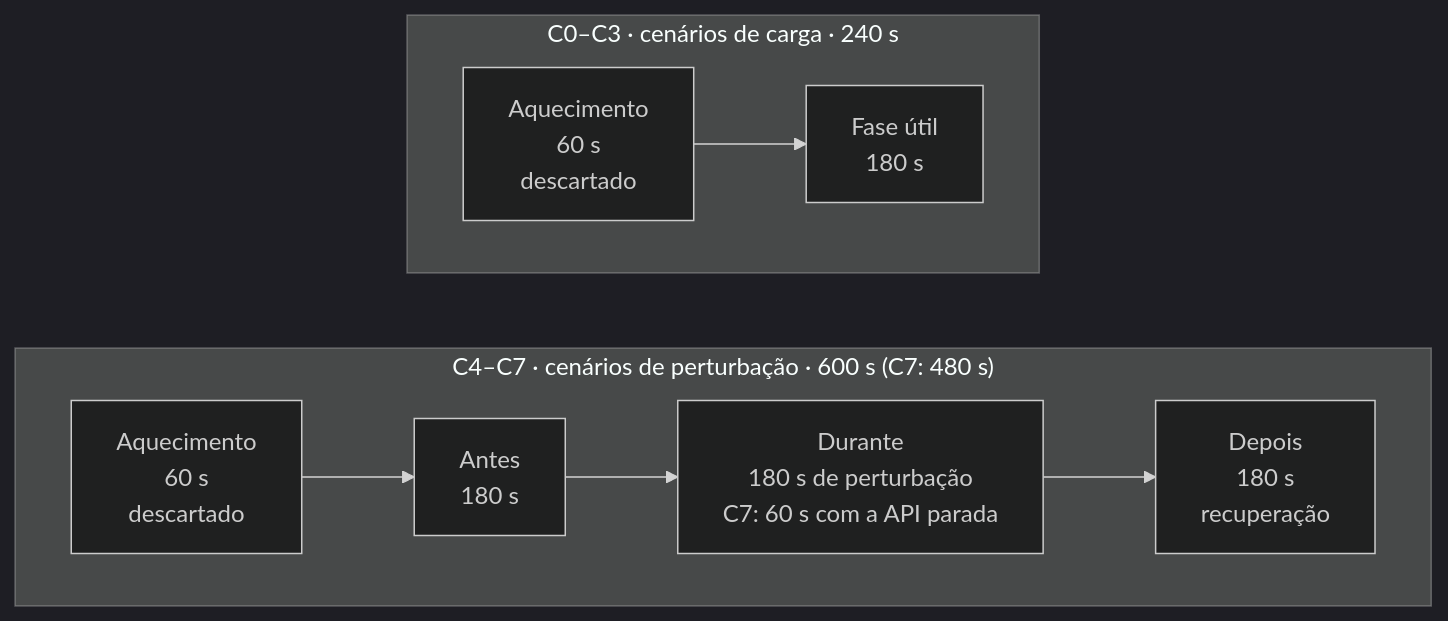
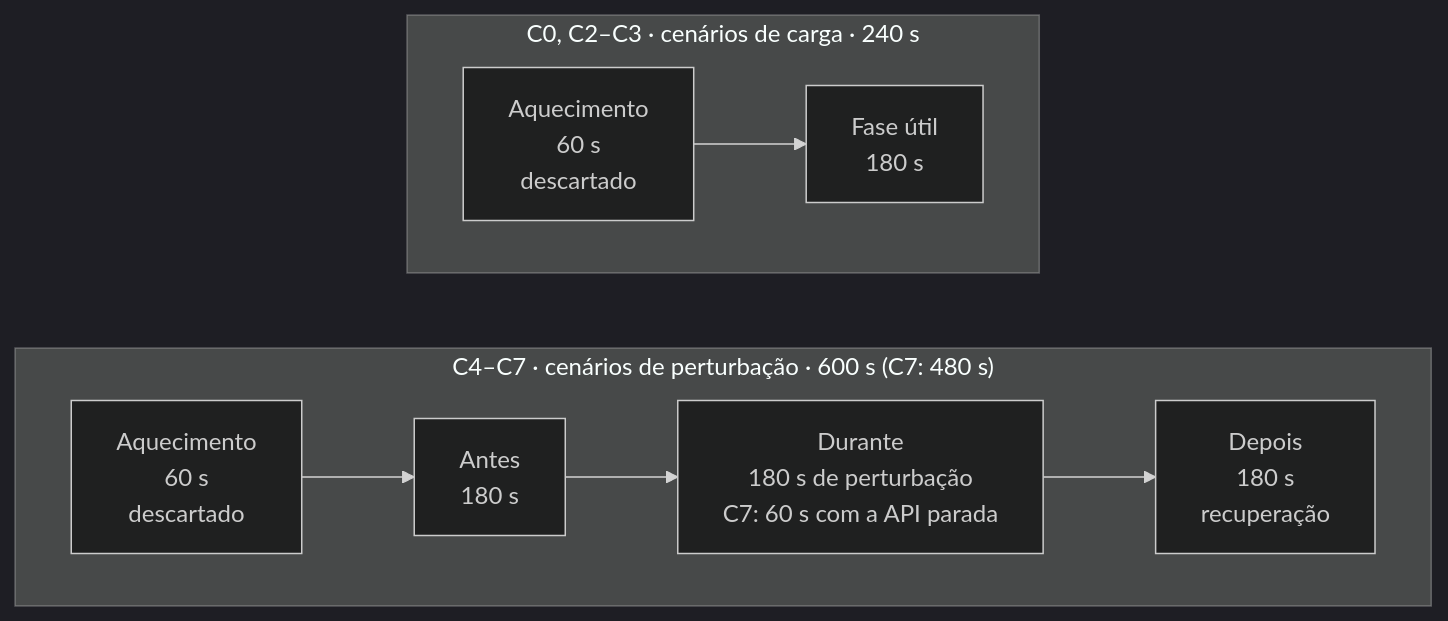
Before and after one commit to itamarsb/Observability-Engineering-Framework: the fourth of 7 diagrams in docs/architecture/README.md, drawn with Mermaid (dark theme). The commit also changed other lines of this file and 3 other files, not shown here.

Commit message:
docs: align bilingual architecture and repository references

````diff
--- a/docs/architecture/README.md
+++ b/docs/architecture/README.md
@@ -147,14 +147,14 @@
 ```mermaid
 flowchart TB
-    subgraph LOAD["C0–C3 · cenários de carga · 240 s"]
+    subgraph LOAD["C0, C2–C3 · cenários de carga · 240 s"]
         direction LR
         W1["Aquecimento<br/>60 s<br/>descartado"] --> M1["Fase útil<br/>180 s"]
     end
 
     subgraph PERT["C4–C7 · cenários de perturbação · 600 s (C7: 480 s)"]
         direction LR
         W2["Aquecimento<br/>60 s<br/>descartado"] --> B["Antes<br/>180 s"] --> D["Durante<br/>180 s de perturbação<br/>C7: 60 s com a API parada"] --> A["Depois<br/>180 s<br/>recuperação"]
     end
 
     LOAD ~~~ PERT
 ```
````
